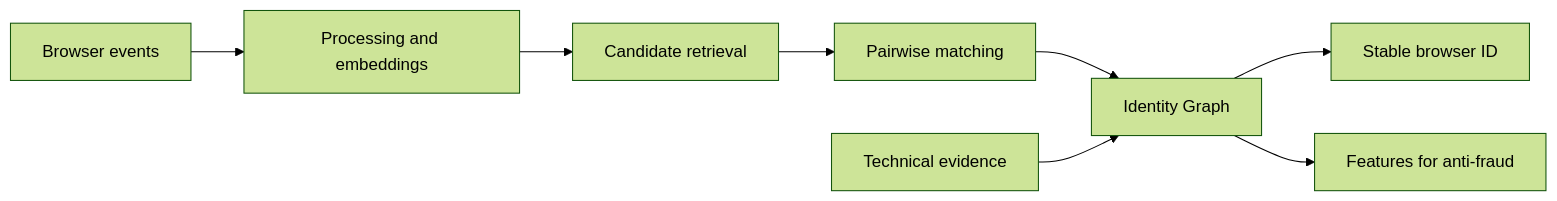
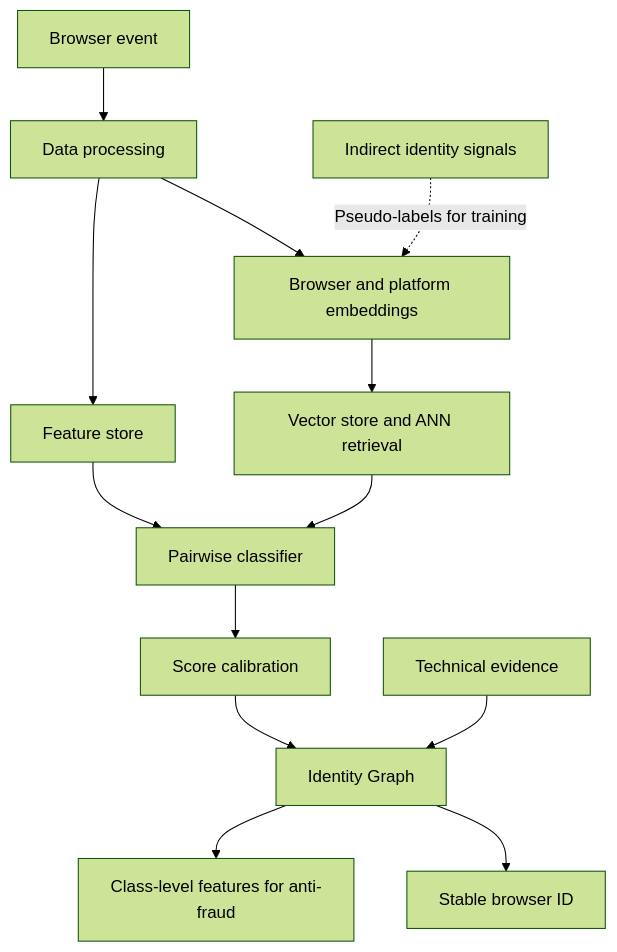
The diagram in case_studies/browser-fingerprinting.md (olip78/portfolio), drawn with Mermaid (forest theme) before and after one commit. The commit also changed other lines of this file, not shown here.

Commit message:
refine fingerprinting case study

````diff
--- a/case_studies/browser-fingerprinting.md
+++ b/case_studies/browser-fingerprinting.md
@@ -12,10 +21,15 @@
 ```mermaid
-flowchart LR
-    A[Browser events] --> B[Processing and embeddings]
-    B --> C[Candidate retrieval]
-    C --> D[Pairwise matching]
-    D --> E[Identity Graph]
-    F[Technical evidence] --> E
-    E --> G[Stable browser ID]
-    E --> H[Features for anti-fraud]
+flowchart TB
+    A[Browser event] --> B[Data processing]
+    B --> C[Browser and platform embeddings]
+    C --> D[Vector store and ANN retrieval]
+    B --> E[Feature store]
+    D --> F[Pairwise classifier]
+    E --> F
+    F --> G[Score calibration]
+    G --> H[Identity Graph]
+    I[Technical evidence] --> H
+    H --> J[Stable browser ID]
+    H --> K[Class-level features for anti-fraud]
+    L[Indirect identity signals] -. Pseudo-labels for training .-> C
 ```
````
